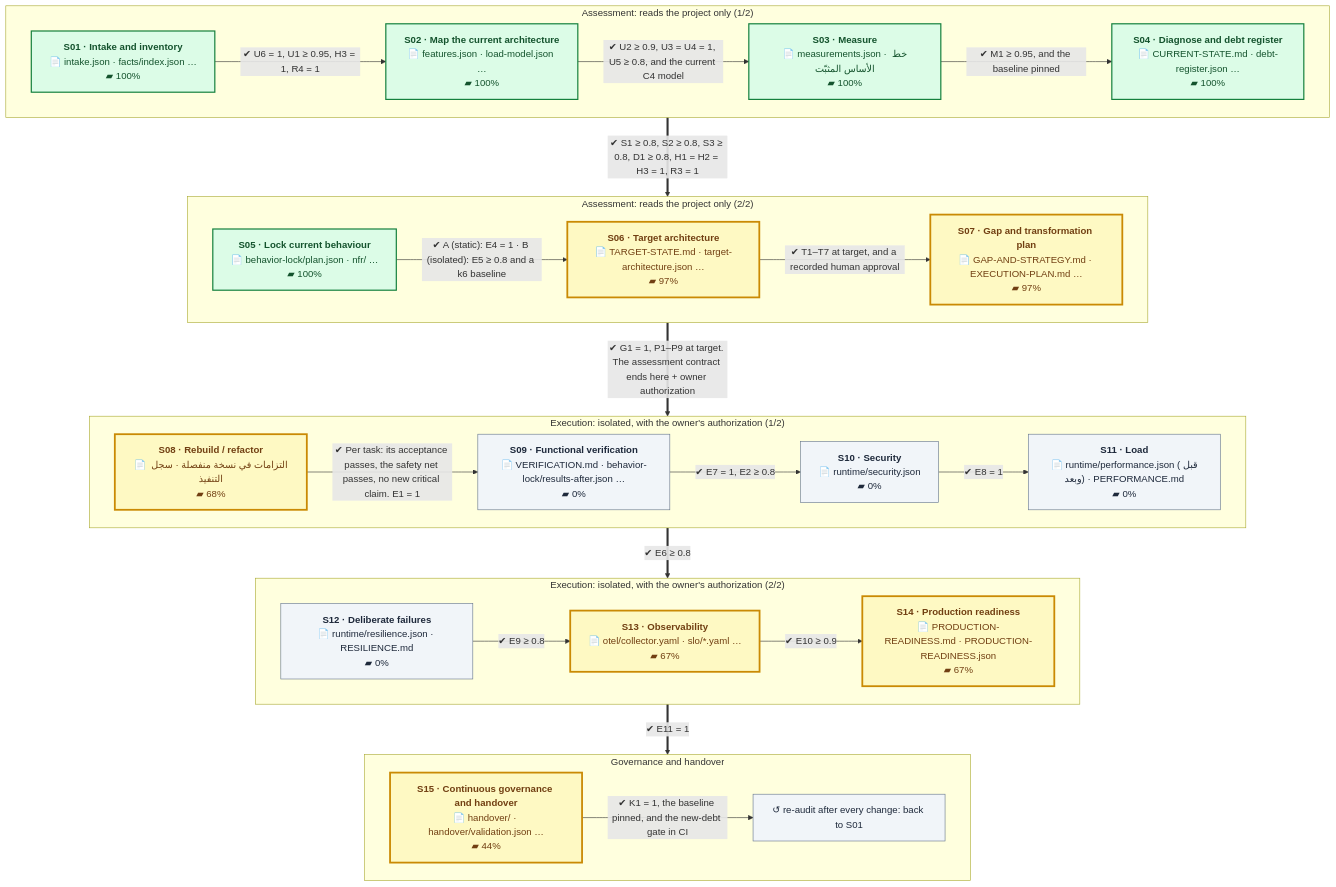
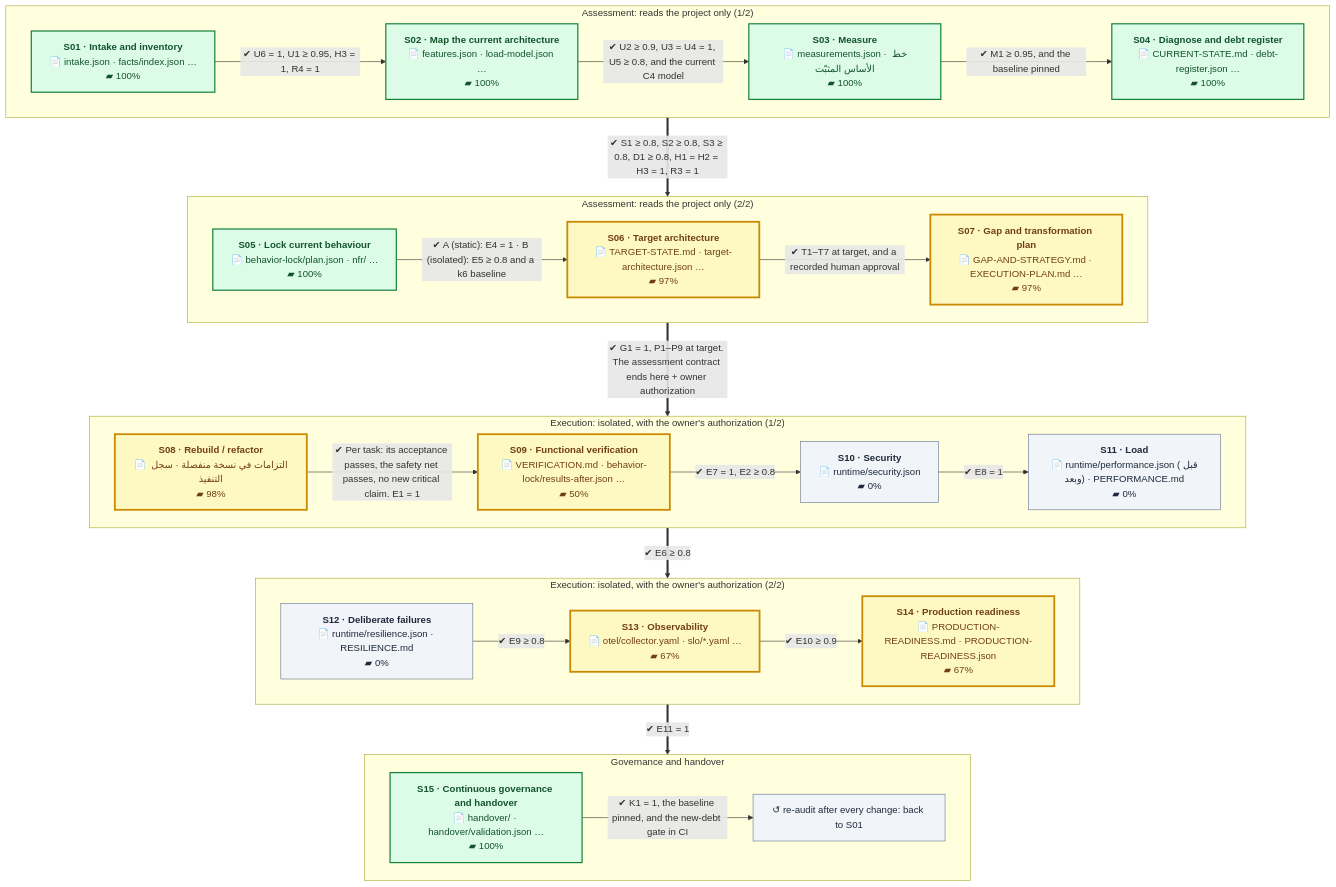
Before and after one commit to eom1417/engineering-audit-os: the first of 2 diagrams in README.en.md, drawn with Mermaid. The commit also changed other lines of this file and 3 other files, not shown here.

````diff
--- a/README.en.md
+++ b/README.en.md
@@ -52,54 +52,54 @@
 ```mermaid
 %%{init: {'flowchart': {'wrappingWidth': 260, 'nodeSpacing': 40, 'rankSpacing': 60}}}%%
 flowchart TB
     subgraph P1["Assessment: reads the project only (1/2)"]
         direction LR
         S01["<b>S01 · Intake and inventory</b><br/>📄 intake.json · facts/index.json …<br/>▰ 100%"]:::done
         S02["<b>S02 · Map the current architecture</b><br/>📄 features.json · load-model.json …<br/>▰ 100%"]:::done
         S03["<b>S03 · Measure</b><br/>📄 measurements.json · خط الأساس المثبّت<br/>▰ 100%"]:::done
         S04["<b>S04 · Diagnose and debt register</b><br/>📄 CURRENT-STATE.md · debt-register.json …<br/>▰ 100%"]:::done
         S01 -->|"✔ U6 = 1, U1 ≥ 0.95, H3 = 1, R4 = 1"| S02
         S02 -->|"✔ U2 ≥ 0.9, U3 = U4 = 1, U5 ≥ 0.8, and the current C4 model"| S03
         S03 -->|"✔ M1 ≥ 0.95, and the baseline pinned"| S04
     end
     subgraph P2["Assessment: reads the project only (2/2)"]
         direction LR
         S05["<b>S05 · Lock current behaviour</b><br/>📄 behavior-lock/plan.json · nfr/ …<br/>▰ 100%"]:::done
         S06["<b>S06 · Target architecture</b><br/>📄 TARGET-STATE.md · target-architecture.json …<br/>▰ 97%"]:::current
         S07["<b>S07 · Gap and transformation plan</b><br/>📄 GAP-AND-STRATEGY.md · EXECUTION-PLAN.md …<br/>▰ 97%"]:::current
         S05 -->|"✔ A (static): E4 = 1 · B (isolated): E5 ≥ 0.8 and a k6 baseline"| S06
         S06 -->|"✔ T1–T7 at target, and a recorded human approval"| S07
     end
     subgraph P3["Execution: isolated, with the owner's authorization (1/2)"]
         direction LR
-        S08["<b>S08 · Rebuild / refactor</b><br/>📄 التزامات في نسخة منفصلة · سجل التنفيذ<br/>▰ 68%"]:::current
-        S09["<b>S09 · Functional verification</b><br/>📄 VERIFICATION.md · behavior-lock/results-after.json …<br/>▰ 0%"]:::next
+        S08["<b>S08 · Rebuild / refactor</b><br/>📄 التزامات في نسخة منفصلة · سجل التنفيذ<br/>▰ 98%"]:::current
+        S09["<b>S09 · Functional verification</b><br/>📄 VERIFICATION.md · behavior-lock/results-after.json …<br/>▰ 50%"]:::current
         S10["<b>S10 · Security</b><br/>📄 runtime/security.json<br/>▰ 0%"]:::next
         S11["<b>S11 · Load</b><br/>📄 runtime/performance.json (قبل وبعد) · PERFORMANCE.md<br/>▰ 0%"]:::next
         S08 -->|"✔ Per task: its acceptance passes, the safety net passes, no new critical claim. E1 = 1"| S09
         S09 -->|"✔ E7 = 1, E2 ≥ 0.8"| S10
         S10 -->|"✔ E8 = 1"| S11
     end
     subgraph P4["Execution: isolated, with the owner's authorization (2/2)"]
         direction LR
         S12["<b>S12 · Deliberate failures</b><br/>📄 runtime/resilience.json · RESILIENCE.md<br/>▰ 0%"]:::next
         S13["<b>S13 · Observability</b><br/>📄 otel/collector.yaml · slo/*.yaml …<br/>▰ 67%"]:::current
         S14["<b>S14 · Production readiness</b><br/>📄 PRODUCTION-READINESS.md · PRODUCTION-READINESS.json<br/>▰ 67%"]:::current
         S12 -->|"✔ E9 ≥ 0.8"| S13
         S13 -->|"✔ E10 ≥ 0.9"| S14
     end
     subgraph P5["Governance and handover"]
         direction LR
-        S15["<b>S15 · Continuous governance and handover</b><br/>📄 handover/ · handover/validation.json …<br/>▰ 44%"]:::current
+        S15["<b>S15 · Continuous governance and handover</b><br/>📄 handover/ · handover/validation.json …<br/>▰ 100%"]:::done
         LOOP["↺ re-audit after every change: back to S01"]:::next
         S15 -->|"✔ K1 = 1, the baseline pinned, and the new-debt gate in CI"| LOOP
     end
     P1 ==>|"✔ S1 ≥ 0.8, S2 ≥ 0.8, S3 ≥ 0.8, D1 ≥ 0.8, H1 = H2 = H3 = 1, R3 = 1"| P2
     P2 ==>|"✔ G1 = 1, P1–P9 at target. The assessment contract ends here + owner authorization"| P3
     P3 ==>|"✔ E6 ≥ 0.8"| P4
     P4 ==>|"✔ E11 = 1"| P5
     classDef done fill:#dcfce7,stroke:#15803d,color:#14532d,stroke-width:2px
     classDef current fill:#fef9c3,stroke:#ca8a04,color:#713f12,stroke-width:3px
     classDef next fill:#f1f5f9,stroke:#64748b,color:#1e293b
     classDef owner fill:#fee2e2,stroke:#b91c1c,color:#7f1d1d,stroke-dasharray:5 3
 ```
````
